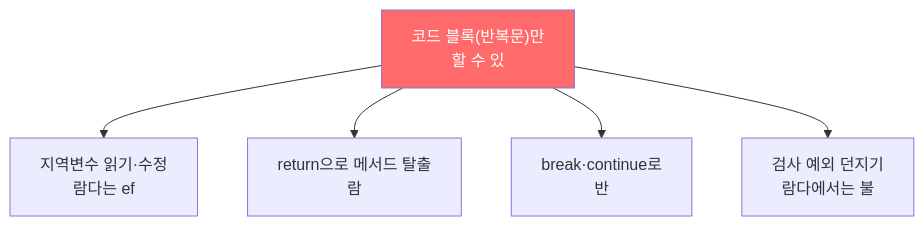
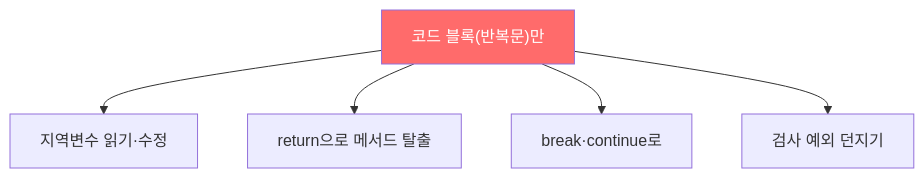
The second of 3 diagrams in _posts/java/2022-01-22-effective-java45.md (yjkim2015/yjkim2015.github.io), drawn with Mermaid before and after one commit. The commit also changed other lines of this file and 217 other files, not shown here.

First line of the commit message:
Mermaid 크기 수정: useMaxWidth:true + SVG max-width:100% + 라벨 축소

````diff
--- a/_posts/java/2022-01-22-effective-java45.md
+++ b/_posts/java/2022-01-22-effective-java45.md
@@ -101,8 +101,8 @@
 ```mermaid
 graph TD
-    A["코드 블록(반복문)만\n할 수 있"] --> B["지역변수 읽기·수정\n람다는 ef"]
-    A --> C["return으로 메서드 탈출\n람"]
-    A --> D["break·continue로\n반"]
-    A --> E["검사 예외 던지기\n람다에서는 불"]
+    A["코드 블록(반복문)만"] --> B["지역변수 읽기·수정"]
+    A --> C["return으로 메서드 탈출"]
+    A --> D["break·continue로"]
+    A --> E["검사 예외 던지기"]
     style A fill:#ff6b6b,color:#fff
 ```
````
